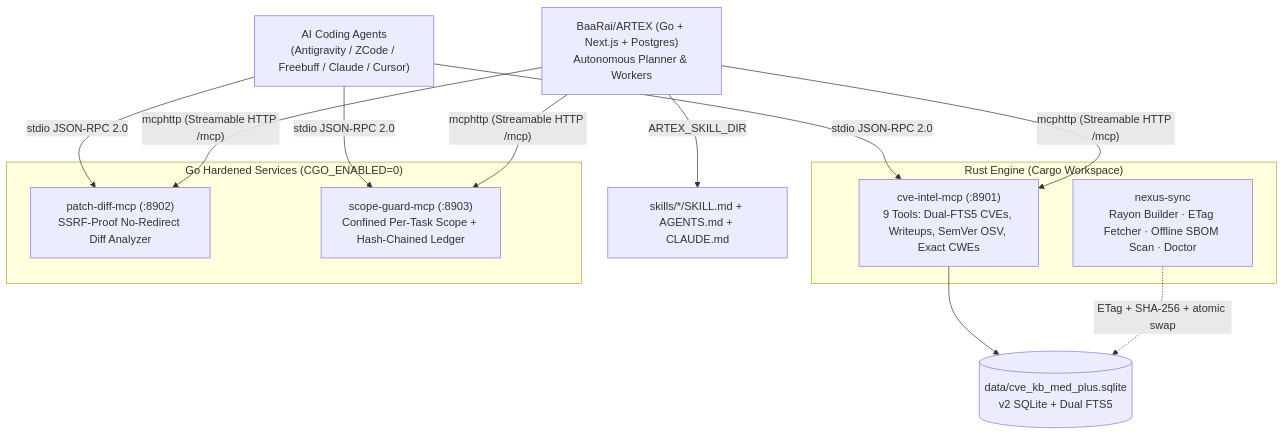
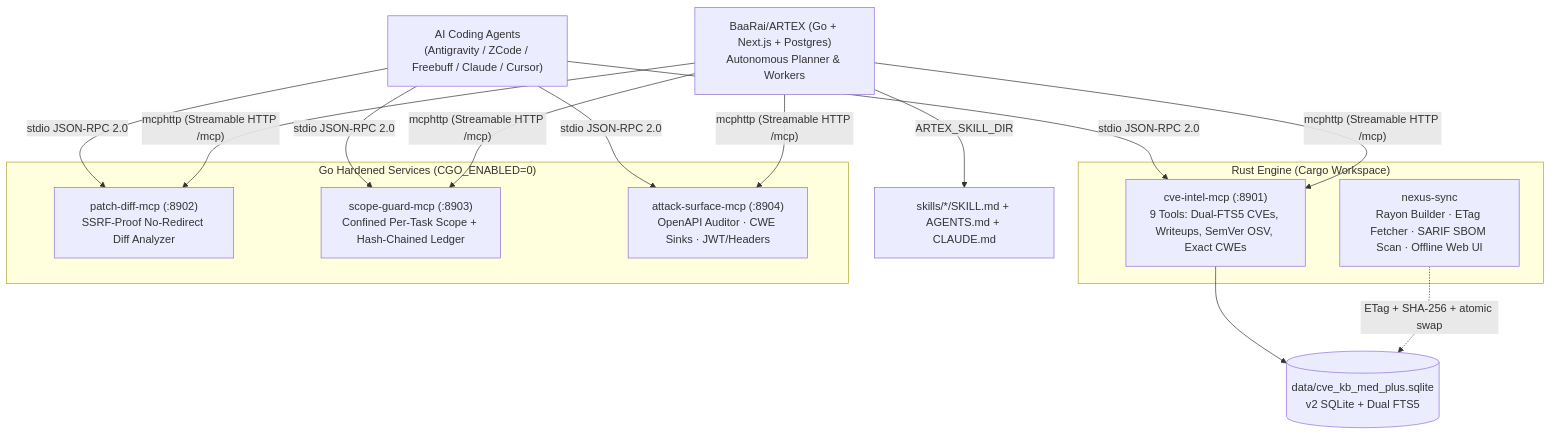
Before and after one commit to blah-blah-cell/artex-nexus: the diagram in README.md, drawn with Mermaid. The commit also changed other lines of this file and 17 other files, not shown here.

Commit message:
feat(v0.4.0): add attack-surface-mcp, offline CVE web UI, SARIF/CI SBOM scanner (10 lockfiles), and init-mcp

````diff
--- a/README.md
+++ b/README.md
@@ -40,28 +40,31 @@
 ```mermaid
 flowchart TB
     ARTEX["BaaRai/ARTEX (Go + Next.js + Postgres)\nAutonomous Planner & Workers"]
     IDE["AI Coding Agents\n(Antigravity / ZCode / Freebuff / Claude / Cursor)"]
 
     subgraph Rust["Rust Engine (Cargo Workspace)"]
-        SYNC["nexus-sync\nRayon Builder · ETag Fetcher · Offline SBOM Scan · Doctor"]
+        SYNC["nexus-sync\nRayon Builder · ETag Fetcher · SARIF SBOM Scan · Offline Web UI"]
         CVE["cve-intel-mcp (:8901)\n9 Tools: Dual-FTS5 CVEs, Writeups, SemVer OSV, Exact CWEs"]
     end
 
     subgraph Go["Go Hardened Services (CGO_ENABLED=0)"]
         PATCH["patch-diff-mcp (:8902)\nSSRF-Proof No-Redirect Diff Analyzer"]
         SCOPE["scope-guard-mcp (:8903)\nConfined Per-Task Scope + Hash-Chained Ledger"]
+        SURFACE["attack-surface-mcp (:8904)\nOpenAPI Auditor · CWE Sinks · JWT/Headers"]
     end
 
     DB[("data/cve_kb_med_plus.sqlite\nv2 SQLite + Dual FTS5")]
     SKILLS["skills/*/SKILL.md + AGENTS.md + CLAUDE.md"]
 
     SYNC -. "ETag + SHA-256 + atomic swap" .-> DB
     ARTEX -- "mcphttp (Streamable HTTP /mcp)" --> CVE
     ARTEX -- "mcphttp (Streamable HTTP /mcp)" --> PATCH
     ARTEX -- "mcphttp (Streamable HTTP /mcp)" --> SCOPE
+    ARTEX -- "mcphttp (Streamable HTTP /mcp)" --> SURFACE
     ARTEX -- "ARTEX_SKILL_DIR" --> SKILLS
     IDE -- "stdio JSON-RPC 2.0" --> CVE
     IDE -- "stdio JSON-RPC 2.0" --> PATCH
     IDE -- "stdio JSON-RPC 2.0" --> SCOPE
+    IDE -- "stdio JSON-RPC 2.0" --> SURFACE
     CVE --> DB
 ```
````
